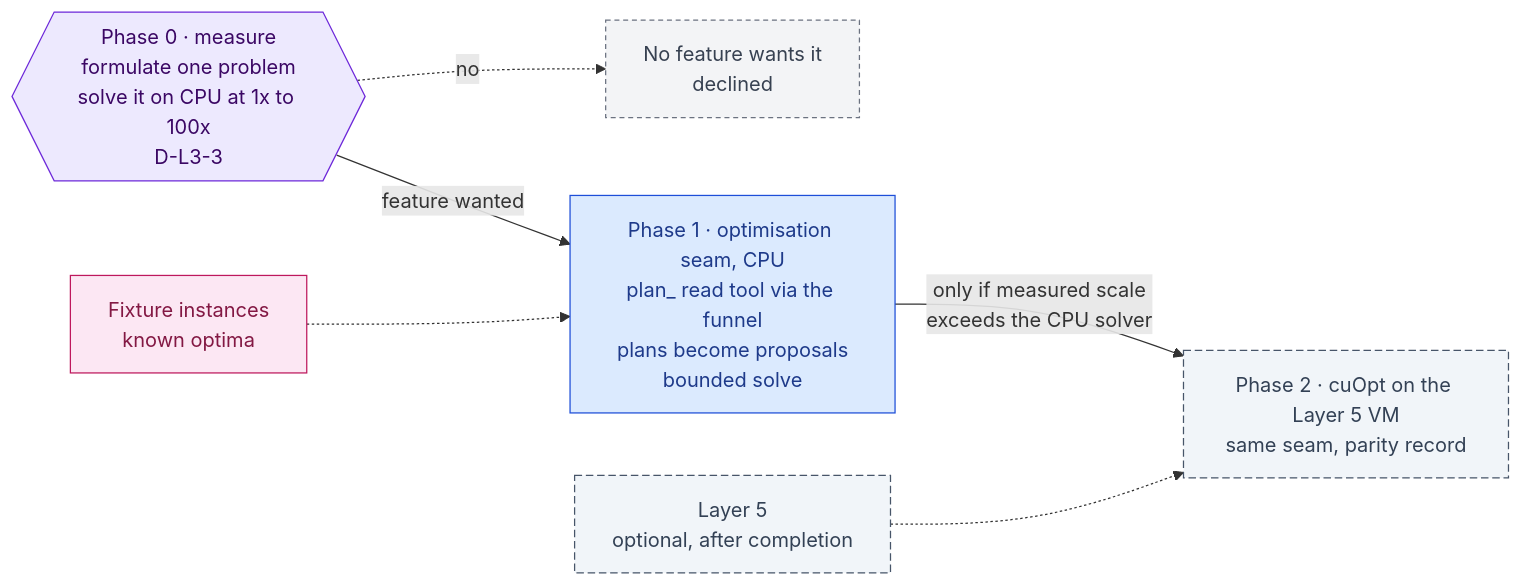
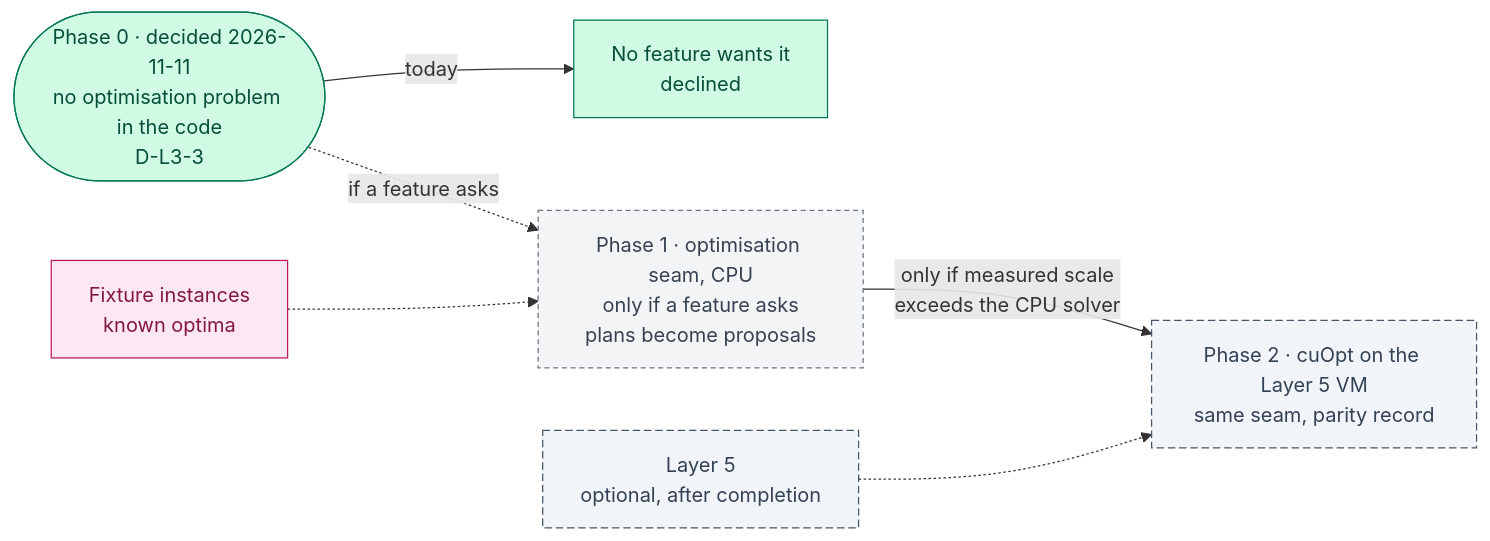
One commit to RodnaPamet/inflect-compliance changed the diagram in docs/ai-architecture/cuopt.md. Above: the diagram before and after it, drawn with Mermaid. The commit also changed other lines of this file and 287 other files, not shown here.

First line of the commit message:
AI roadmap waves 0–1: owner decisions, 22 phases built across 15 roadmaps (#5323)

````diff
--- a/docs/ai-architecture/cuopt.md
+++ b/docs/ai-architecture/cuopt.md
@@ -29,22 +35,22 @@
 ```mermaid
 flowchart LR
-  P0{{"Phase 0 · measure<br/>formulate one problem<br/>solve it on CPU at 1x to 100x<br/>D-L3-3"}}:::gate
-  DEC["No feature wants it<br/>declined"]:::declined
-  P1["Phase 1 · optimisation seam, CPU<br/>plan_ read tool via the funnel<br/>plans become proposals<br/>bounded solve"]:::todo
+  P0(["Phase 0 · decided 2026-11-11<br/>no optimisation problem in the code<br/>D-L3-3"]):::done
+  DEC["No feature wants it<br/>declined"]:::done
+  P1["Phase 1 · optimisation seam, CPU<br/>only if a feature asks<br/>plans become proposals"]:::declined
   P2["Phase 2 · cuOpt on the Layer 5 VM<br/>same seam, parity record"]:::optional
   MOD["Layer 5<br/>optional, after completion"]:::optional
   FIX["Fixture instances<br/>known optima"]:::eval
-  P0 -->|feature wanted| P1
-  P0 -.->|no| DEC
+  P0 -.->|if a feature asks| P1
+  P0 -->|today| DEC
   P1 -->|only if measured scale<br/>exceeds the CPU solver| P2
   MOD -.-> P2
   FIX -.-> P1
 
   classDef done fill:#d1fae5,stroke:#047857,color:#064e3b
   classDef todo fill:#dbeafe,stroke:#1d4ed8,color:#1e3a8a
   classDef gate fill:#ede9fe,stroke:#6d28d9,color:#3b0764
   classDef ext fill:#ffffff,stroke:#64748b,color:#334155,stroke-dasharray:3 3
   classDef eval fill:#fce7f3,stroke:#be185d,color:#831843
   classDef declined fill:#f3f4f6,stroke:#6b7280,color:#374151,stroke-dasharray:4 3
   classDef optional fill:#f1f5f9,stroke:#475569,color:#334155,stroke-dasharray:6 3
 ```
````
